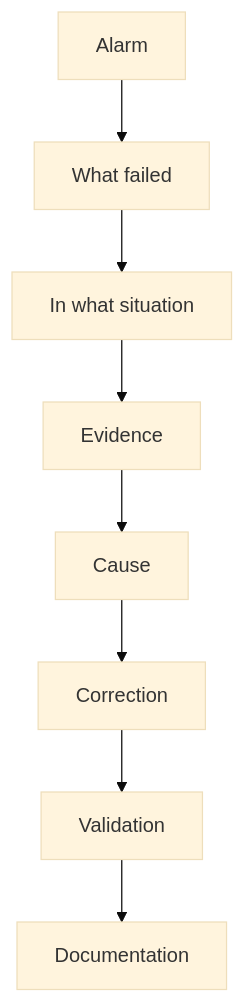
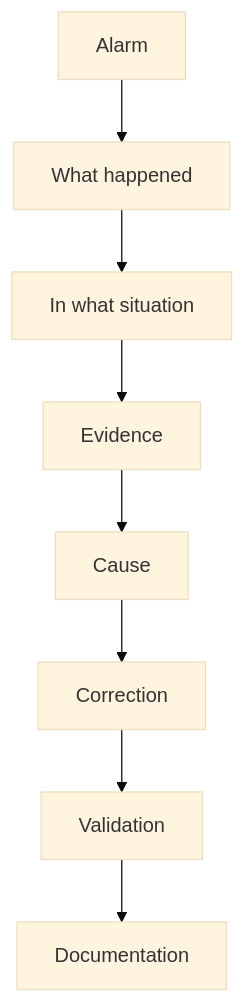
One commit to robertojeronimocunha/robertojeronimocunha changed the diagram in README.en.md. Above: the diagram before and after it, drawn with Mermaid (base theme). The commit also changed other lines of this file and 24 other files, not shown here.

````diff
--- a/README.en.md
+++ b/README.en.md
@@ -234,10 +67,10 @@
 ```mermaid
 flowchart TD
-  A[Alarm] --> B[What failed]
+  A[Alarm] --> B[What happened]
   B --> C[In what situation]
   C --> D[Evidence]
   D --> E[Cause]
   E --> F[Correction]
   F --> G[Validation]
   G --> H[Documentation]
 ```
````
